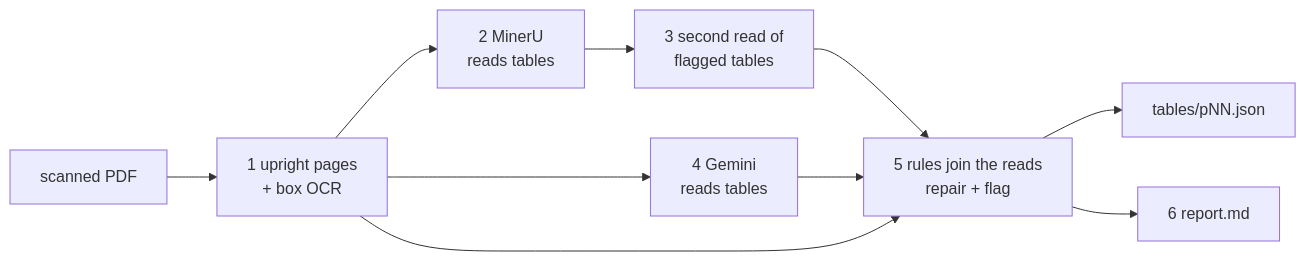
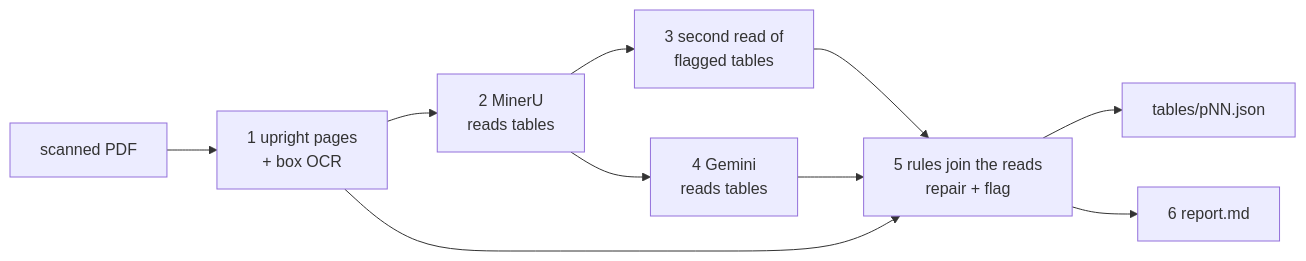
Before and after one commit to Min-KiD/Vidoc-parse: the diagram in README.md, drawn with Mermaid.

Commit message:
README: Gemini reads the pages MinerU found tables on

````diff
--- a/README.md
+++ b/README.md
@@ -16,12 +16,12 @@
 ```mermaid
 flowchart LR
   PDF[scanned PDF] --> S1[1 upright pages<br/>+ box OCR]
   S1 --> S2[2 MinerU<br/>reads tables]
   S2 --> S3[3 second read of<br/>flagged tables]
-  S1 --> S4[4 Gemini<br/>reads tables]
+  S2 --> S4[4 Gemini<br/>reads tables]
   S3 --> S5[5 rules join the reads<br/>repair + flag]
   S4 --> S5
   S1 --> S5
   S5 --> OUT[tables/pNN.json]
   S5 --> S6[6 report.md]
 ```
````
